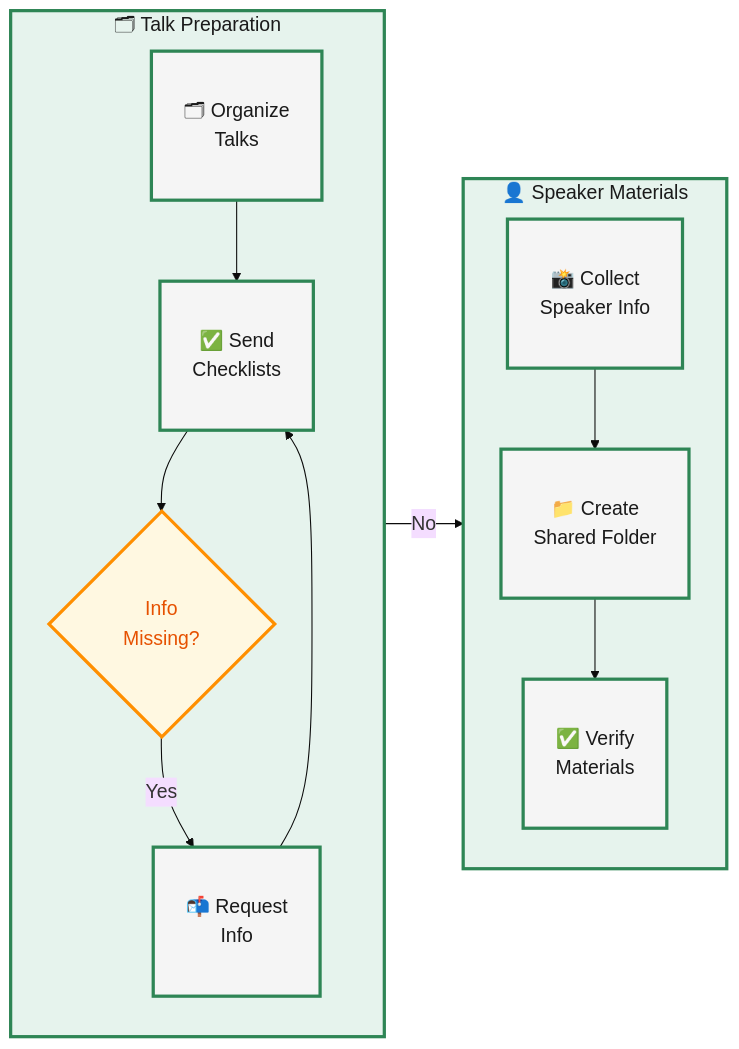
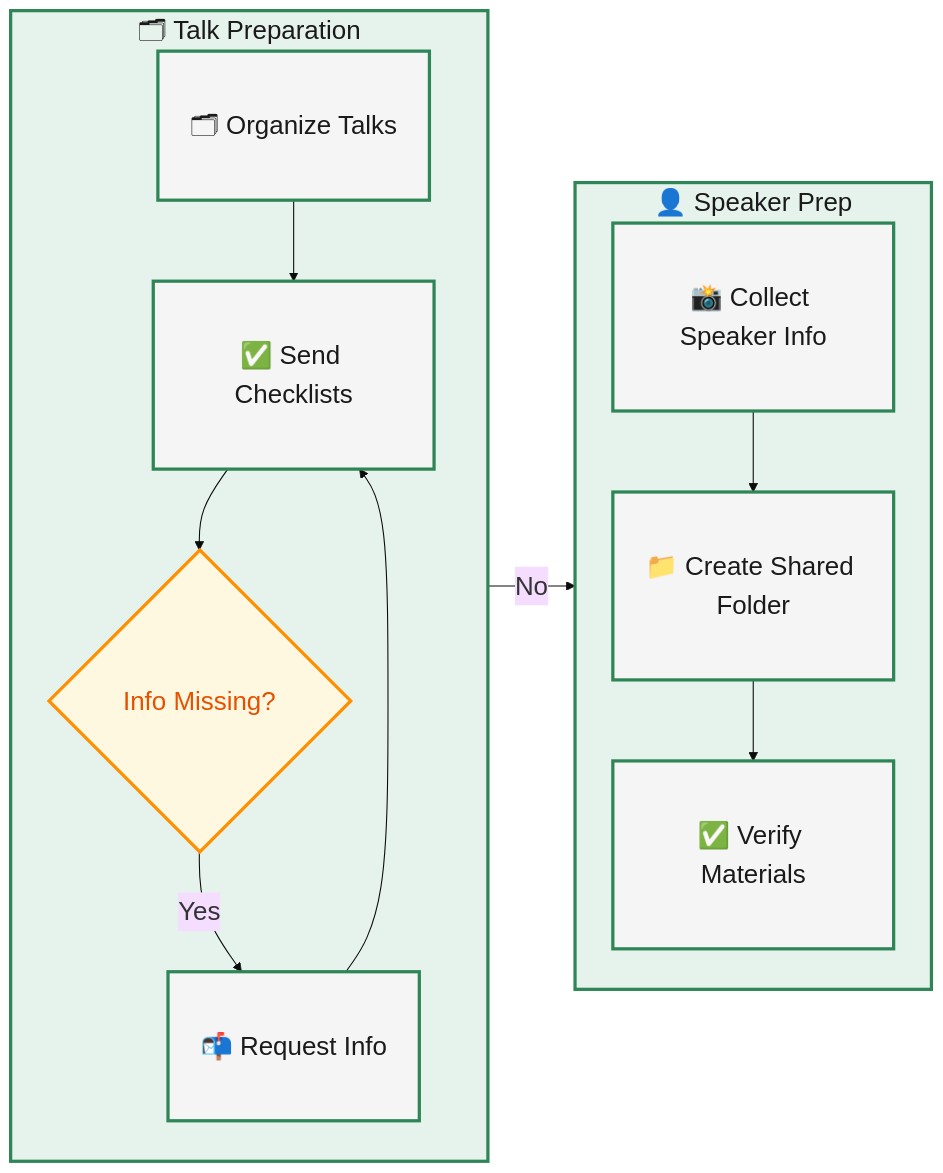
Before and after one commit to CBID2/VC-Community-Docs: the third of 5 diagrams in docs/lightning-talks/processes/project-workflow.md, drawn with Mermaid. The commit also changed other lines of this file, not shown here.

Commit message:
Update Lightning Talks workflow with improved Mermaid diagrams and mobile-friendly styling

````diff
--- a/docs/lightning-talks/processes/project-workflow.md
+++ b/docs/lightning-talks/processes/project-workflow.md
@@ -112,33 +135,33 @@
 ```mermaid
-%%{init: {'theme':'base', 'themeVariables': {'fontSize':'18px', 'fontFamily':'arial'}}}%%
+%%{init: {'theme':'base', 'themeVariables': {'fontSize':'24px', 'fontFamily':'arial'}}}%%
 flowchart LR
-  %% Left Column - Talk Organization
+  %% Left Column - Talk Preparation
   subgraph A["🗂 Talk Preparation"]
     direction TB
-    A1["🗂 Organize<br/>Talks"]
-    A2["✅ Send<br/>Checklists"]
-    A3{"Info<br/>Missing?"}
-    A4["📬 Request<br/>Info"]
+    A1["🗂 Organize Talks"]
+    A2["✅ Send Checklists"]
+    A3{"Info Missing?"}
+    A4["📬 Request Info"]
     A1 --> A2 --> A3
     A3 -- Yes --> A4 --> A2
   end
 
-  %% Right Column - Speaker Materials
-  subgraph B["👤 Speaker Materials"]
+  %% Right Column - Speaker Prep
+  subgraph B["👤 Speaker Prep"]
     direction TB
-    B1["📸 Collect<br/>Speaker Info"]
-    B2["📁 Create<br/>Shared Folder"]
-    B3["✅ Verify<br/>Materials"]
+    B1["📸 Collect Speaker Info"]
+    B2["📁 Create Shared Folder"]
+    B3["✅ Verify Materials"]
     B1 --> B2 --> B3
   end
 
   %% Flow between columns
   A3 -- No --> B1
 
   %% Styling
   classDef default fill:#f5f5f5,stroke:#2e8555,stroke-width:3px,color:#1a1a1a,padding:15px;
   classDef process fill:#e6f3ed,stroke:#2e8555,stroke-width:3px,color:#1a1a1a;
   classDef decision fill:#fff8e1,stroke:#ff8f00,stroke-width:3px,color:#e65100;
   class A,B process;
   class A3 decision;
 ```
````
